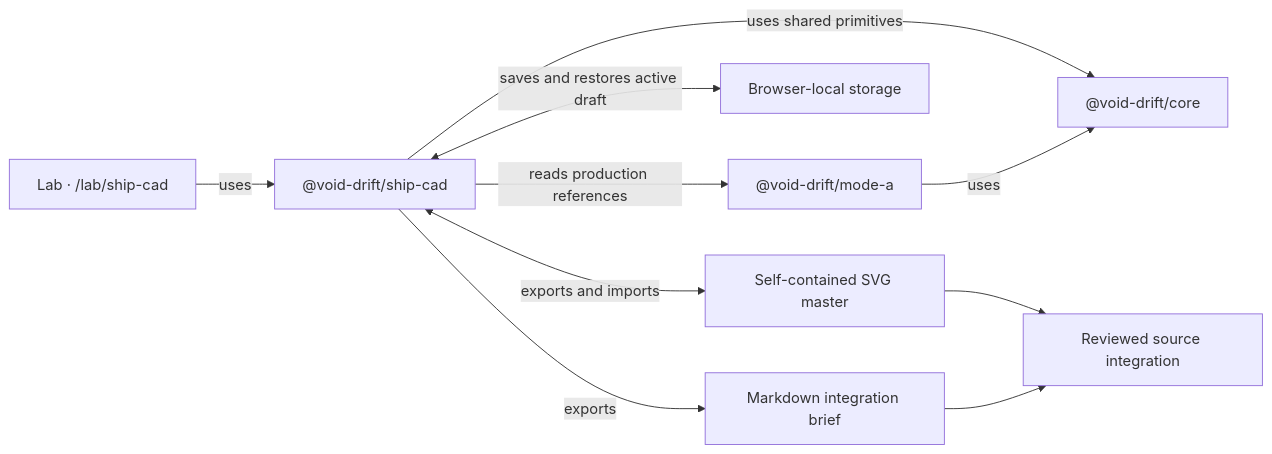
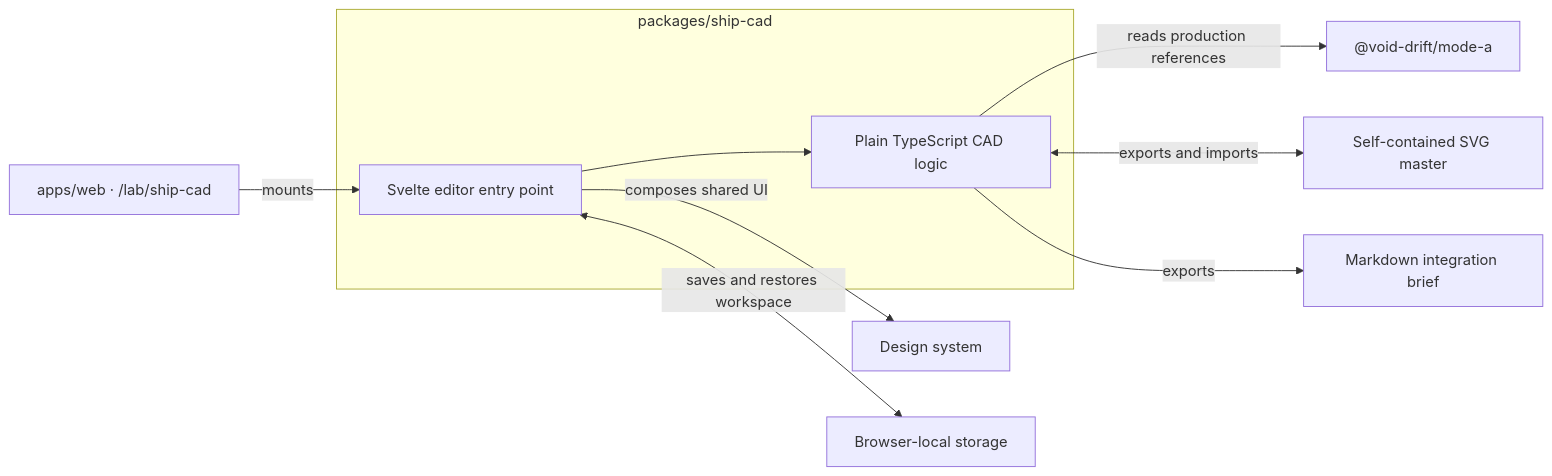
One commit to villetakanen/void-drift changed the diagram in docs/specs/shipCAD/spec.md. Above: the diagram before and after it, drawn with Mermaid. The commit also changed other lines of this file and 1 other file, not shown here.

First line of the commit message:
docs(shipcad): define the app and workspace boundaries

````diff
--- a/docs/specs/shipCAD/spec.md
+++ b/docs/specs/shipCAD/spec.md
@@ -20,12 +22,12 @@
 ```mermaid
 flowchart LR
-    Lab["Lab · /lab/ship-cad"] -->|uses| CAD["@void-drift/ship-cad"]
+    subgraph ShipCAD["packages/ship-cad"]
+        Editor["Svelte editor entry point"] --> CAD["Plain TypeScript CAD logic"]
+    end
+    Route["apps/web · /lab/ship-cad"] -->|mounts| Editor
+    Editor -->|composes shared UI| DS["Design system"]
+    Editor <-->|saves and restores workspace| Local["Browser-local storage"]
     CAD -->|reads production references| Mode["@void-drift/mode-a"]
-    CAD -->|uses shared primitives| Core["@void-drift/core"]
-    Mode -->|uses| Core
-    CAD <-->|saves and restores active draft| Local["Browser-local storage"]
     CAD <-->|exports and imports| SVG["Self-contained SVG master"]
     CAD -->|exports| Brief["Markdown integration brief"]
-    SVG --> Handoff["Reviewed source integration"]
-    Brief --> Handoff
 ```
````
